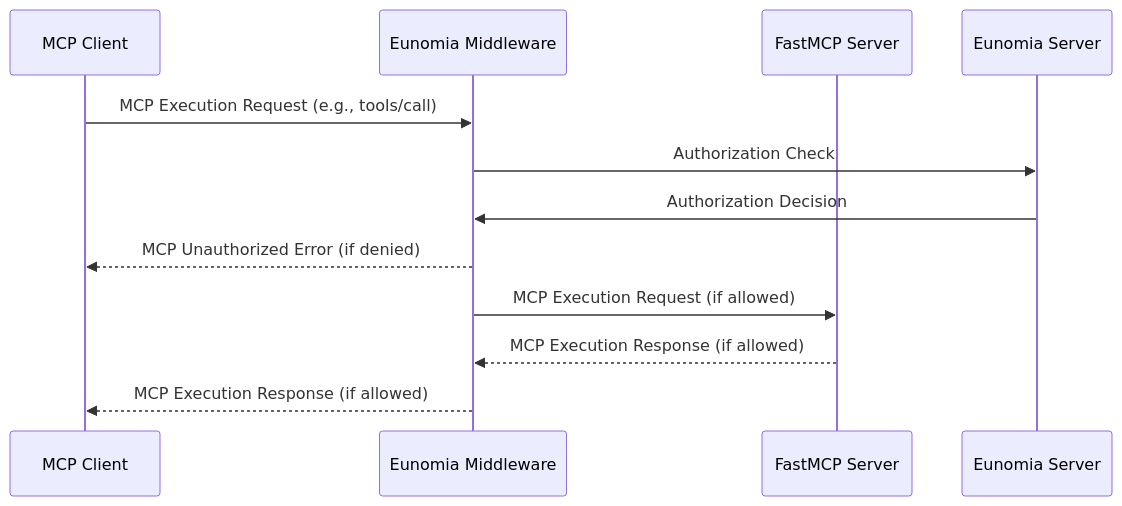
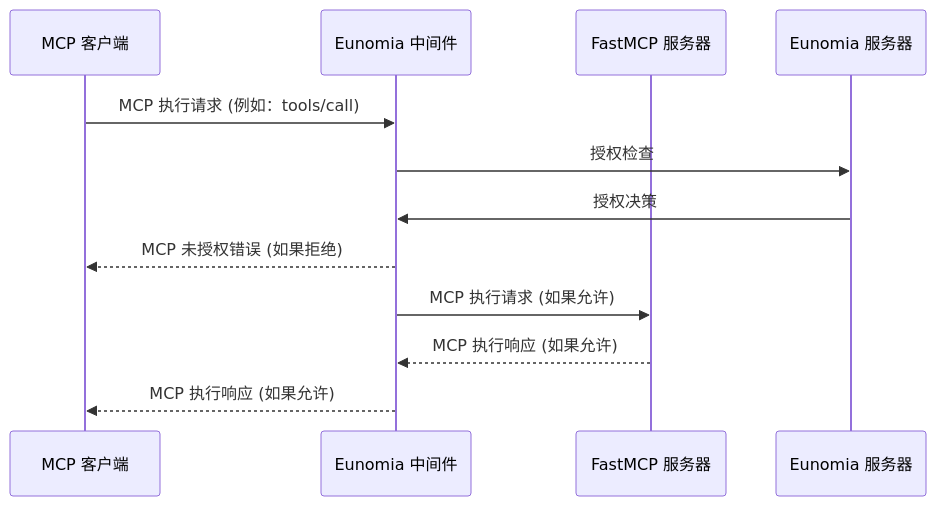
Before and after one commit to Gu-f/FastmcpDocs: the second of 2 diagrams in i18n/zh/integrations/eunomia-authorization.mdx, drawn with Mermaid. The commit also changed other lines of this file and 13 other files, not shown here.

````diff
--- a/i18n/zh/integrations/eunomia-authorization.mdx
+++ b/i18n/zh/integrations/eunomia-authorization.mdx
@@ -39,15 +39,15 @@
 ```mermaid
 sequenceDiagram
-    participant MCPClient as MCP Client
-    participant EunomiaMiddleware as Eunomia Middleware
-    participant MCPServer as FastMCP Server
-    participant EunomiaServer as Eunomia Server
+    participant MCPClient as MCP 客户端
+    participant EunomiaMiddleware as Eunomia 中间件
+    participant MCPServer as FastMCP 服务器
+    participant EunomiaServer as Eunomia 服务器
 
-    MCPClient->>EunomiaMiddleware: MCP Execution Request (e.g., tools/call)
-    EunomiaMiddleware->>EunomiaServer: Authorization Check
-    EunomiaServer->>EunomiaMiddleware: Authorization Decision
-    EunomiaMiddleware-->>MCPClient: MCP Unauthorized Error (if denied)
-    EunomiaMiddleware->>MCPServer: MCP Execution Request (if allowed)
-    MCPServer-->>EunomiaMiddleware: MCP Execution Response (if allowed)
-    EunomiaMiddleware-->>MCPClient: MCP Execution Response (if allowed)
+    MCPClient->>EunomiaMiddleware: MCP 执行请求 (例如：tools/call)
+    EunomiaMiddleware->>EunomiaServer: 授权检查
+    EunomiaServer->>EunomiaMiddleware: 授权决策
+    EunomiaMiddleware-->>MCPClient: MCP 未授权错误 (如果拒绝)
+    EunomiaMiddleware->>MCPServer: MCP 执行请求 (如果允许)
+    MCPServer-->>EunomiaMiddleware: MCP 执行响应 (如果允许)
+    EunomiaMiddleware-->>MCPClient: MCP 执行响应 (如果允许)
 ```
````
